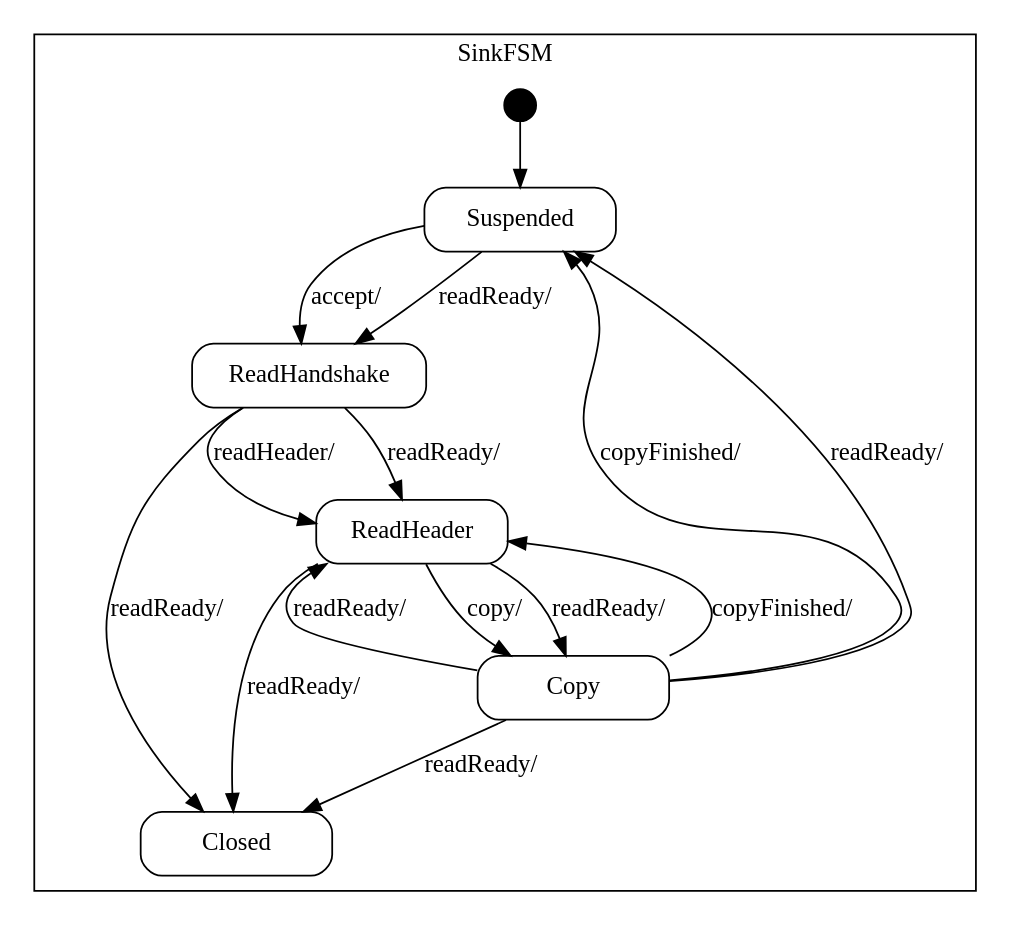
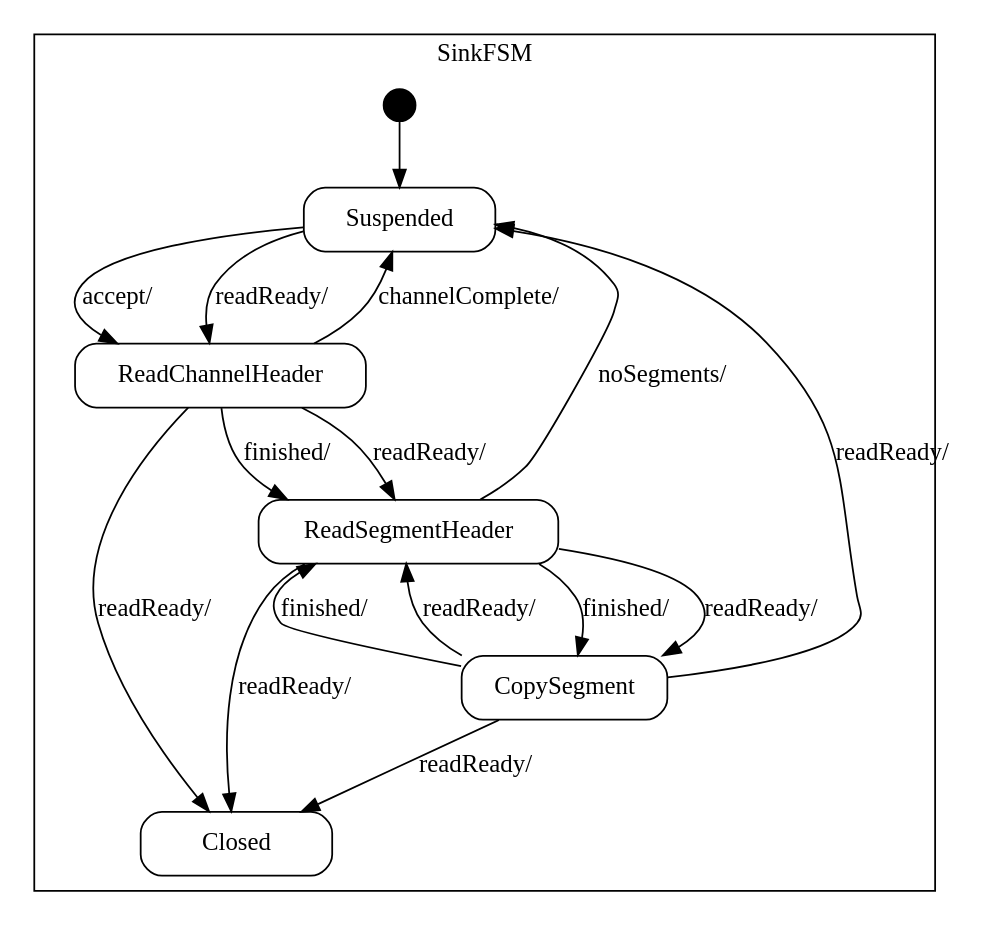
The diagram in spindle/doc/Sink_sm.dot (vmehra-sfdc/Ouroboros), drawn with Graphviz before and after one commit. The commit also changed 15 other files, not shown here.

Commit message:
Xerox now copies all channels to a given node, not simply dedicated to a single channel's segments.

```diff
--- a/spindle/doc/Sink_sm.dot
+++ b/spindle/doc/Sink_sm.dot
@@ -1,78 +1,81 @@
 digraph Sink_sm {
 
     node
         [shape=Mrecord width=1.5];
 
     subgraph cluster_SinkFSM {
 
         label="SinkFSM";
 
         //
         // States (Nodes)
         //
 
         "SinkFSM::Suspended"
             [label="{Suspended}"];
 
-        "SinkFSM::ReadHandshake"
-            [label="{ReadHandshake}"];
+        "SinkFSM::ReadChannelHeader"
+            [label="{ReadChannelHeader}"];
 
-        "SinkFSM::ReadHeader"
-            [label="{ReadHeader}"];
+        "SinkFSM::ReadSegmentHeader"
+            [label="{ReadSegmentHeader}"];
 
-        "SinkFSM::Copy"
-            [label="{Copy}"];
+        "SinkFSM::CopySegment"
+            [label="{CopySegment}"];
 
         "SinkFSM::Closed"
             [label="{Closed}"];
 
         "%start"
             [label="" shape=circle style=filled fillcolor=black width=0.25];
 
         //
         // Transitions (Edges)
         //
 
-        "SinkFSM::Suspended" -> "SinkFSM::ReadHandshake"
+        "SinkFSM::Suspended" -> "SinkFSM::ReadChannelHeader"
             [label="accept/\l"];
 
-        "SinkFSM::Suspended" -> "SinkFSM::ReadHandshake"
+        "SinkFSM::Suspended" -> "SinkFSM::ReadChannelHeader"
             [label="readReady/\l"];
 
-        "SinkFSM::ReadHandshake" -> "SinkFSM::ReadHeader"
-            [label="readHeader/\l"];
+        "SinkFSM::ReadChannelHeader" -> "SinkFSM::ReadSegmentHeader"
+            [label="finished/\l"];
 
-        "SinkFSM::ReadHandshake" -> "SinkFSM::Closed"
+        "SinkFSM::ReadChannelHeader" -> "SinkFSM::Suspended"
+            [label="channelComplete/\l"];
+
+        "SinkFSM::ReadChannelHeader" -> "SinkFSM::Closed"
             [label="readReady/\l"];
 
-        "SinkFSM::ReadHandshake" -> "SinkFSM::ReadHeader"
+        "SinkFSM::ReadChannelHeader" -> "SinkFSM::ReadSegmentHeader"
             [label="readReady/\l"];
 
-        "SinkFSM::ReadHeader" -> "SinkFSM::Copy"
-            [label="copy/\l"];
+        "SinkFSM::ReadSegmentHeader" -> "SinkFSM::CopySegment"
+            [label="finished/\l"];
 
-        "SinkFSM::ReadHeader" -> "SinkFSM::Closed"
+        "SinkFSM::ReadSegmentHeader" -> "SinkFSM::Closed"
             [label="readReady/\l"];
 
-        "SinkFSM::ReadHeader" -> "SinkFSM::Copy"
+        "SinkFSM::ReadSegmentHeader" -> "SinkFSM::CopySegment"
             [label="readReady/\l"];
 
-        "SinkFSM::Copy" -> "SinkFSM::Suspended"
-            [label="copyFinished/\l"];
+        "SinkFSM::ReadSegmentHeader" -> "SinkFSM::Suspended"
+            [label="noSegments/\l"];
 
-        "SinkFSM::Copy" -> "SinkFSM::ReadHeader"
-            [label="copyFinished/\l"];
+        "SinkFSM::CopySegment" -> "SinkFSM::ReadSegmentHeader"
+            [label="finished/\l"];
 
-        "SinkFSM::Copy" -> "SinkFSM::Closed"
+        "SinkFSM::CopySegment" -> "SinkFSM::Suspended"
             [label="readReady/\l"];
 
-        "SinkFSM::Copy" -> "SinkFSM::Suspended"
+        "SinkFSM::CopySegment" -> "SinkFSM::Closed"
             [label="readReady/\l"];
 
-        "SinkFSM::Copy" -> "SinkFSM::ReadHeader"
+        "SinkFSM::CopySegment" -> "SinkFSM::ReadSegmentHeader"
             [label="readReady/\l"];
 
         "%start" -> "SinkFSM::Suspended"
     }
 
 }
```
